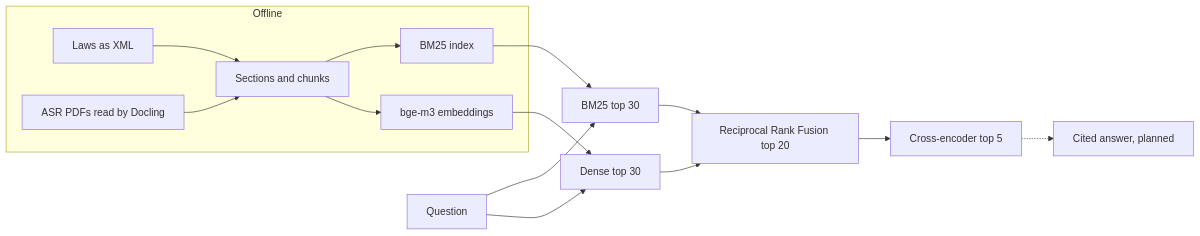
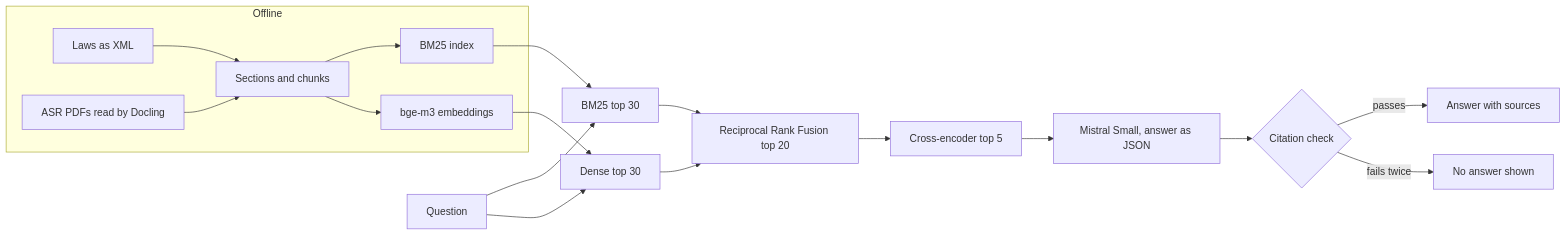
Before and after one commit to fAmesteR/sicherheitslotse: the diagram in README.md, drawn with Mermaid. The commit also changed other lines of this file and 11 other files, not shown here.

First line of the commit message:
Add cited answers with a deterministic citation check

````diff
--- a/README.md
+++ b/README.md
@@ -23,17 +24,20 @@
 ```mermaid
 flowchart LR
     subgraph Offline
         A[Laws as XML] --> C[Sections and chunks]
         B[ASR PDFs read by Docling] --> C
         C --> D[BM25 index]
         C --> E[bge-m3 embeddings]
     end
     Q[Question] --> F[BM25 top 30]
     Q --> G[Dense top 30]
     D --> F
     E --> G
     F --> H[Reciprocal Rank Fusion top 20]
     G --> H
     H --> I[Cross-encoder top 5]
-    I -.-> J[Cited answer, planned]
+    I --> J[Mistral Small, answer as JSON]
+    J --> K{Citation check}
+    K -- passes --> L[Answer with sources]
+    K -- fails twice --> M[No answer shown]
 ```
````
